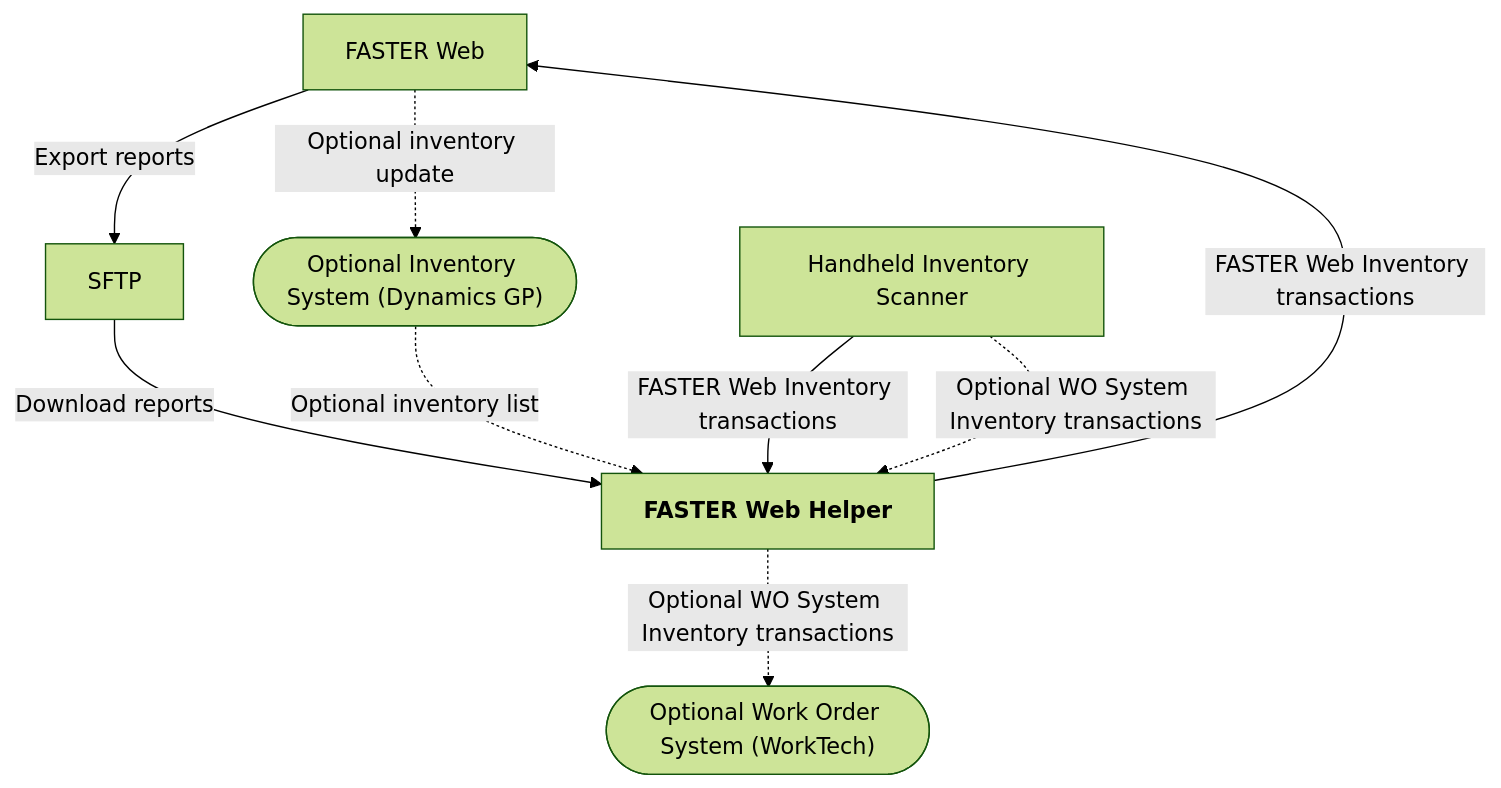
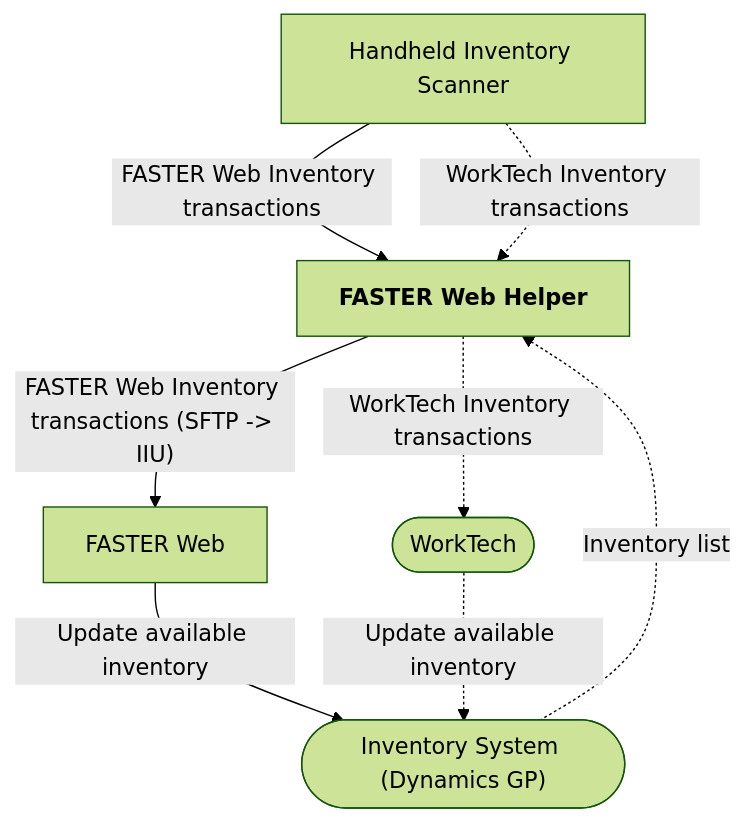
The diagram in modules/inventoryScanner/README.md (cityssm/faster-web-helper), drawn with Mermaid (forest theme) before and after one commit. The commit also changed other lines of this file and 27 other files, not shown here.

First line of the commit message:
inventory scanner development

````diff
--- a/modules/inventoryScanner/README.md
+++ b/modules/inventoryScanner/README.md
@@ -19,21 +29,19 @@
 ```mermaid
 flowchart
+    scanner["Handheld Inventory Scanner"]
+    helper["`**FASTER Web Helper**`"]
+    inventory(["Inventory System (Dynamics GP)"])
     faster["FASTER Web"]
-    sftp["SFTP"]
-    helper["`**FASTER Web Helper**`"]
-    scanner["Handheld Inventory Scanner"]
-    inventory(["Optional Inventory System (Dynamics GP)"])
-    workOrder(["Optional Work Order System (WorkTech)"])
-
-    faster-->|Export reports|sftp
-    sftp-->|Download reports|helper
-
-    faster-.->|Optional inventory update|inventory
-    inventory-.->|Optional inventory list|helper
+    worktech([WorkTech])
 
     scanner-->|FASTER Web Inventory transactions|helper
-    scanner-.->|Optional WO System Inventory transactions|helper
+    scanner-.->|WorkTech Inventory transactions|helper
 
-    helper-->|FASTER Web Inventory transactions|faster
-    helper-.->|Optional WO System Inventory transactions|workOrder
+    inventory-.->|Inventory list|helper
+
+    helper-->|"FASTER Web Inventory transactions (SFTP -> IIU)"|faster
+    helper-.->|WorkTech Inventory transactions|worktech
+
+    faster-->|Update available inventory|inventory
+    worktech-.->|Update available inventory|inventory
 ```
````
